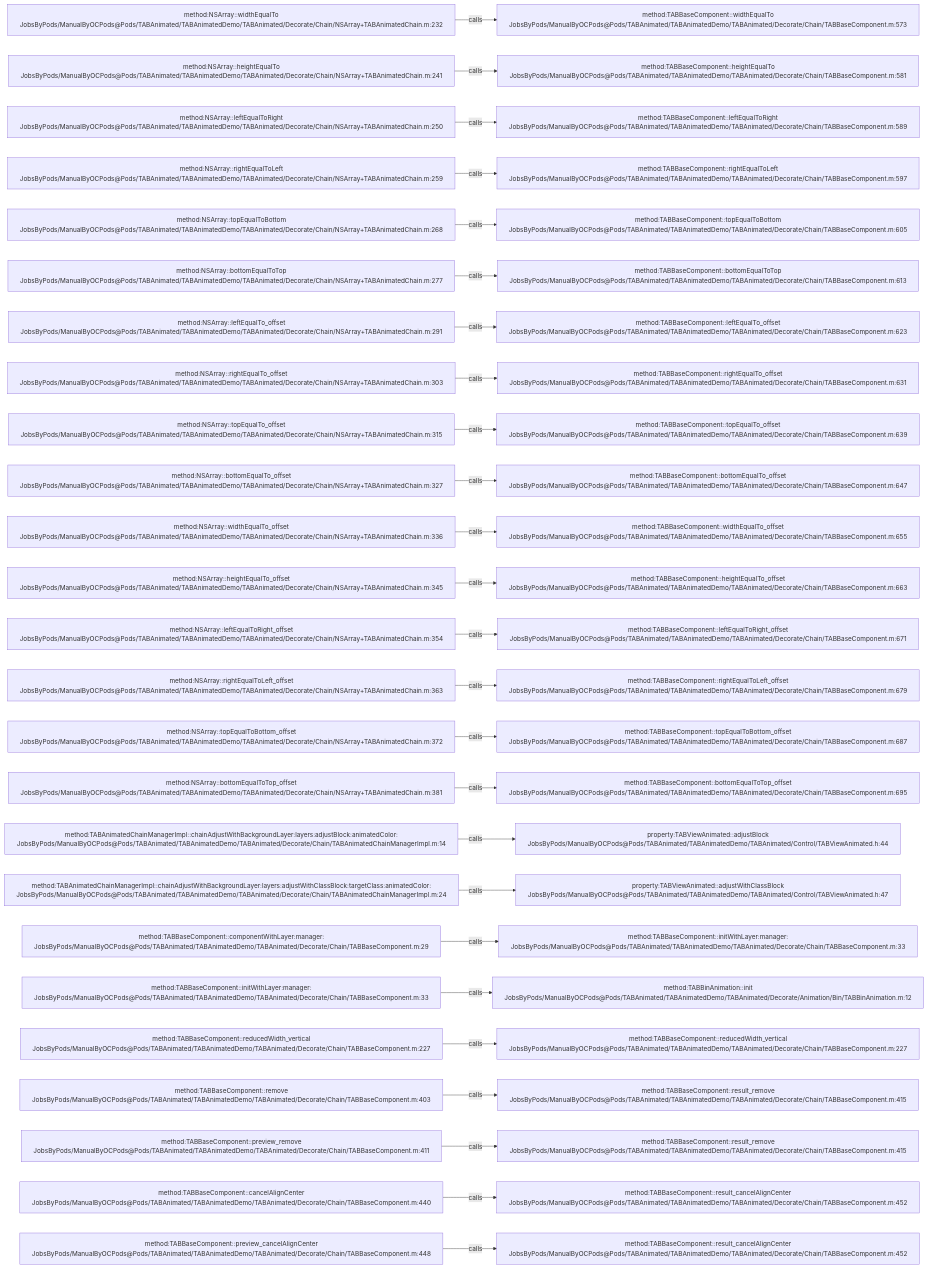
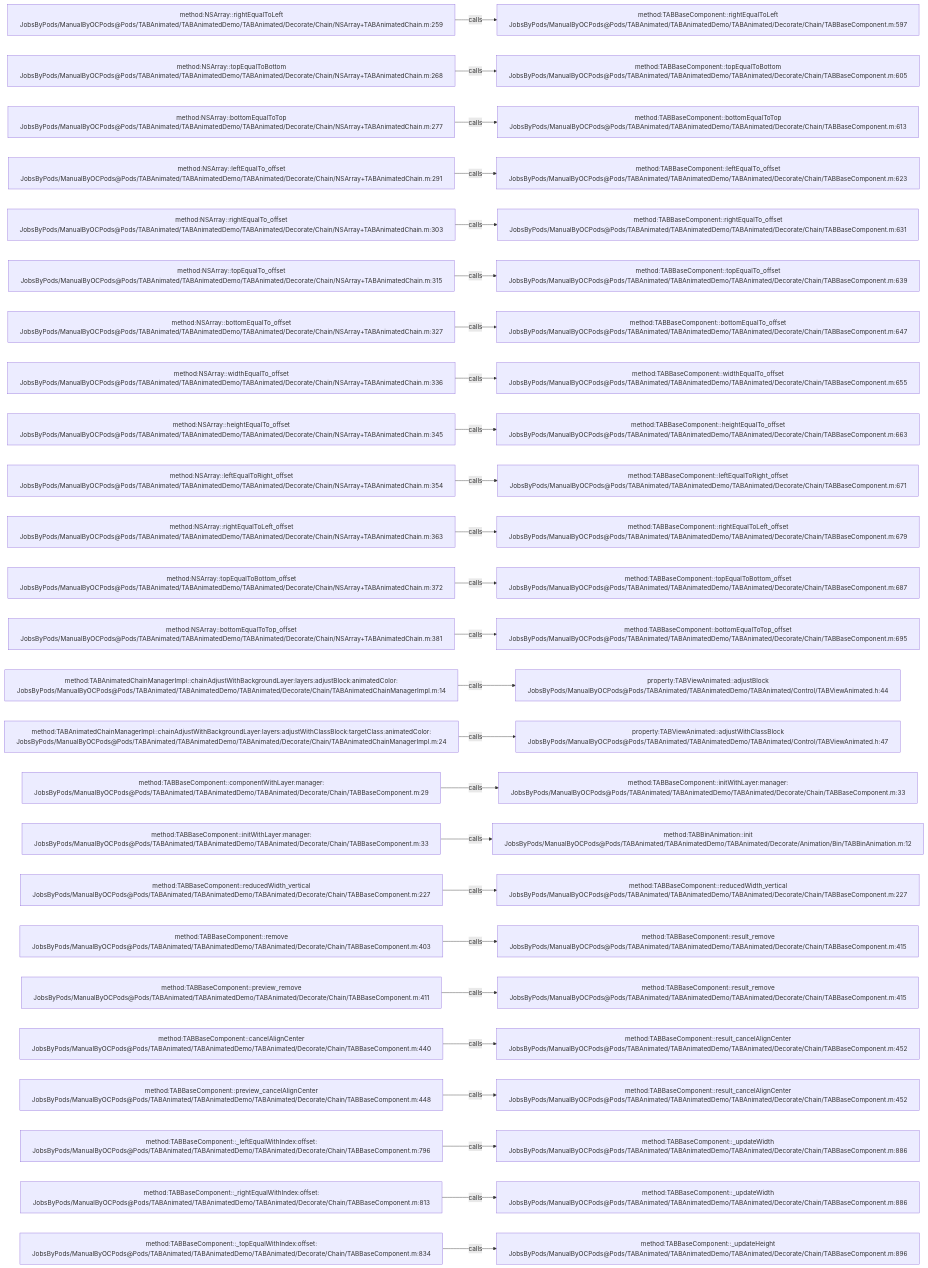
One commit to JobsKits/JobsOCBaseConfigDemo changed the diagram in .codegraph/codegraph.md/graphs/calls-033.md. Above: the diagram before and after it, drawn with Mermaid. The commit also changed 342 other files, not shown here.

````diff
--- a/.codegraph/codegraph.md/graphs/calls-033.md
+++ b/.codegraph/codegraph.md/graphs/calls-033.md
@@ -13,78 +13,78 @@
 ```mermaid
 flowchart LR
-  S1["method:NSArray::widthEqualTo<br/>JobsByPods/ManualByOCPods@Pods/TABAnimated/TABAnimatedDemo/TABAnimated/Decorate/Chain/NSArray+TABAnimatedChain.m:232"]
-  T1["method:TABBaseComponent::widthEqualTo<br/>JobsByPods/ManualByOCPods@Pods/TABAnimated/TABAnimatedDemo/TABAnimated/Decorate/Chain/TABBaseComponent.m:573"]
+  S1["method:NSArray::rightEqualToLeft<br/>JobsByPods/ManualByOCPods@Pods/TABAnimated/TABAnimatedDemo/TABAnimated/Decorate/Chain/NSArray+TABAnimatedChain.m:259"]
+  T1["method:TABBaseComponent::rightEqualToLeft<br/>JobsByPods/ManualByOCPods@Pods/TABAnimated/TABAnimatedDemo/TABAnimated/Decorate/Chain/TABBaseComponent.m:597"]
   S1 -->|calls| T1
-  S2["method:NSArray::heightEqualTo<br/>JobsByPods/ManualByOCPods@Pods/TABAnimated/TABAnimatedDemo/TABAnimated/Decorate/Chain/NSArray+TABAnimatedChain.m:241"]
-  T2["method:TABBaseComponent::heightEqualTo<br/>JobsByPods/ManualByOCPods@Pods/TABAnimated/TABAnimatedDemo/TABAnimated/Decorate/Chain/TABBaseComponent.m:581"]
+  S2["method:NSArray::topEqualToBottom<br/>JobsByPods/ManualByOCPods@Pods/TABAnimated/TABAnimatedDemo/TABAnimated/Decorate/Chain/NSArray+TABAnimatedChain.m:268"]
+  T2["method:TABBaseComponent::topEqualToBottom<br/>JobsByPods/ManualByOCPods@Pods/TABAnimated/TABAnimatedDemo/TABAnimated/Decorate/Chain/TABBaseComponent.m:605"]
   S2 -->|calls| T2
-  S3["method:NSArray::leftEqualToRight<br/>JobsByPods/ManualByOCPods@Pods/TABAnimated/TABAnimatedDemo/TABAnimated/Decorate/Chain/NSArray+TABAnimatedChain.m:250"]
-  T3["method:TABBaseComponent::leftEqualToRight<br/>JobsByPods/ManualByOCPods@Pods/TABAnimated/TABAnimatedDemo/TABAnimated/Decorate/Chain/TABBaseComponent.m:589"]
+  S3["method:NSArray::bottomEqualToTop<br/>JobsByPods/ManualByOCPods@Pods/TABAnimated/TABAnimatedDemo/TABAnimated/Decorate/Chain/NSArray+TABAnimatedChain.m:277"]
+  T3["method:TABBaseComponent::bottomEqualToTop<br/>JobsByPods/ManualByOCPods@Pods/TABAnimated/TABAnimatedDemo/TABAnimated/Decorate/Chain/TABBaseComponent.m:613"]
   S3 -->|calls| T3
-  S4["method:NSArray::rightEqualToLeft<br/>JobsByPods/ManualByOCPods@Pods/TABAnimated/TABAnimatedDemo/TABAnimated/Decorate/Chain/NSArray+TABAnimatedChain.m:259"]
-  T4["method:TABBaseComponent::rightEqualToLeft<br/>JobsByPods/ManualByOCPods@Pods/TABAnimated/TABAnimatedDemo/TABAnimated/Decorate/Chain/TABBaseComponent.m:597"]
+  S4["method:NSArray::leftEqualTo_offset<br/>JobsByPods/ManualByOCPods@Pods/TABAnimated/TABAnimatedDemo/TABAnimated/Decorate/Chain/NSArray+TABAnimatedChain.m:291"]
+  T4["method:TABBaseComponent::leftEqualTo_offset<br/>JobsByPods/ManualByOCPods@Pods/TABAnimated/TABAnimatedDemo/TABAnimated/Decorate/Chain/TABBaseComponent.m:623"]
   S4 -->|calls| T4
-  S5["method:NSArray::topEqualToBottom<br/>JobsByPods/ManualByOCPods@Pods/TABAnimated/TABAnimatedDemo/TABAnimated/Decorate/Chain/NSArray+TABAnimatedChain.m:268"]
-  T5["method:TABBaseComponent::topEqualToBottom<br/>JobsByPods/ManualByOCPods@Pods/TABAnimated/TABAnimatedDemo/TABAnimated/Decorate/Chain/TABBaseComponent.m:605"]
+  S5["method:NSArray::rightEqualTo_offset<br/>JobsByPods/ManualByOCPods@Pods/TABAnimated/TABAnimatedDemo/TABAnimated/Decorate/Chain/NSArray+TABAnimatedChain.m:303"]
+  T5["method:TABBaseComponent::rightEqualTo_offset<br/>JobsByPods/ManualByOCPods@Pods/TABAnimated/TABAnimatedDemo/TABAnimated/Decorate/Chain/TABBaseComponent.m:631"]
   S5 -->|calls| T5
-  S6["method:NSArray::bottomEqualToTop<br/>JobsByPods/ManualByOCPods@Pods/TABAnimated/TABAnimatedDemo/TABAnimated/Decorate/Chain/NSArray+TABAnimatedChain.m:277"]
-  T6["method:TABBaseComponent::bottomEqualToTop<br/>JobsByPods/ManualByOCPods@Pods/TABAnimated/TABAnimatedDemo/TABAnimated/Decorate/Chain/TABBaseComponent.m:613"]
+  S6["method:NSArray::topEqualTo_offset<br/>JobsByPods/ManualByOCPods@Pods/TABAnimated/TABAnimatedDemo/TABAnimated/Decorate/Chain/NSArray+TABAnimatedChain.m:315"]
+  T6["method:TABBaseComponent::topEqualTo_offset<br/>JobsByPods/ManualByOCPods@Pods/TABAnimated/TABAnimatedDemo/TABAnimated/Decorate/Chain/TABBaseComponent.m:639"]
   S6 -->|calls| T6
-  S7["method:NSArray::leftEqualTo_offset<br/>JobsByPods/ManualByOCPods@Pods/TABAnimated/TABAnimatedDemo/TABAnimated/Decorate/Chain/NSArray+TABAnimatedChain.m:291"]
-  T7["method:TABBaseComponent::leftEqualTo_offset<br/>JobsByPods/ManualByOCPods@Pods/TABAnimated/TABAnimatedDemo/TABAnimated/Decorate/Chain/TABBaseComponent.m:623"]
+  S7["method:NSArray::bottomEqualTo_offset<br/>JobsByPods/ManualByOCPods@Pods/TABAnimated/TABAnimatedDemo/TABAnimated/Decorate/Chain/NSArray+TABAnimatedChain.m:327"]
+  T7["method:TABBaseComponent::bottomEqualTo_offset<br/>JobsByPods/ManualByOCPods@Pods/TABAnimated/TABAnimatedDemo/TABAnimated/Decorate/Chain/TABBaseComponent.m:647"]
   S7 -->|calls| T7
-  S8["method:NSArray::rightEqualTo_offset<br/>JobsByPods/ManualByOCPods@Pods/TABAnimated/TABAnimatedDemo/TABAnimated/Decorate/Chain/NSArray+TABAnimatedChain.m:303"]
-  T8["method:TABBaseComponent::rightEqualTo_offset<br/>JobsByPods/ManualByOCPods@Pods/TABAnimated/TABAnimatedDemo/TABAnimated/Decorate/Chain/TABBaseComponent.m:631"]
+  S8["method:NSArray::widthEqualTo_offset<br/>JobsByPods/ManualByOCPods@Pods/TABAnimated/TABAnimatedDemo/TABAnimated/Decorate/Chain/NSArray+TABAnimatedChain.m:336"]
+  T8["method:TABBaseComponent::widthEqualTo_offset<br/>JobsByPods/ManualByOCPods@Pods/TABAnimated/TABAnimatedDemo/TABAnimated/Decorate/Chain/TABBaseComponent.m:655"]
   S8 -->|calls| T8
-  S9["method:NSArray::topEqualTo_offset<br/>JobsByPods/ManualByOCPods@Pods/TABAnimated/TABAnimatedDemo/TABAnimated/Decorate/Chain/NSArray+TABAnimatedChain.m:315"]
-  T9["method:TABBaseComponent::topEqualTo_offset<br/>JobsByPods/ManualByOCPods@Pods/TABAnimated/TABAnimatedDemo/TABAnimated/Decorate/Chain/TABBaseComponent.m:639"]
+  S9["method:NSArray::heightEqualTo_offset<br/>JobsByPods/ManualByOCPods@Pods/TABAnimated/TABAnimatedDemo/TABAnimated/Decorate/Chain/NSArray+TABAnimatedChain.m:345"]
+  T9["method:TABBaseComponent::heightEqualTo_offset<br/>JobsByPods/ManualByOCPods@Pods/TABAnimated/TABAnimatedDemo/TABAnimated/Decorate/Chain/TABBaseComponent.m:663"]
   S9 -->|calls| T9
-  S10["method:NSArray::bottomEqualTo_offset<br/>JobsByPods/ManualByOCPods@Pods/TABAnimated/TABAnimatedDemo/TABAnimated/Decorate/Chain/NSArray+TABAnimatedChain.m:327"]
-  T10["method:TABBaseComponent::bottomEqualTo_offset<br/>JobsByPods/ManualByOCPods@Pods/TABAnimated/TABAnimatedDemo/TABAnimated/Decorate/Chain/TABBaseComponent.m:647"]
+  S10["method:NSArray::leftEqualToRight_offset<br/>JobsByPods/ManualByOCPods@Pods/TABAnimated/TABAnimatedDemo/TABAnimated/Decorate/Chain/NSArray+TABAnimatedChain.m:354"]
+  T10["method:TABBaseComponent::leftEqualToRight_offset<br/>JobsByPods/ManualByOCPods@Pods/TABAnimated/TABAnimatedDemo/TABAnimated/Decorate/Chain/TABBaseComponent.m:671"]
   S10 -->|calls| T10
-  S11["method:NSArray::widthEqualTo_offset<br/>JobsByPods/ManualByOCPods@Pods/TABAnimated/TABAnimatedDemo/TABAnimated/Decorate/Chain/NSArray+TABAnimatedChain.m:336"]
-  T11["method:TABBaseComponent::widthEqualTo_offset<br/>JobsByPods/ManualByOCPods@Pods/TABAnimated/TABAnimatedDemo/TABAnimated/Decorate/Chain/TABBaseComponent.m:655"]
+  S11["method:NSArray::rightEqualToLeft_offset<br/>JobsByPods/ManualByOCPods@Pods/TABAnimated/TABAnimatedDemo/TABAnimated/Decorate/Chain/NSArray+TABAnimatedChain.m:363"]
+  T11["method:TABBaseComponent::rightEqualToLeft_offset<br/>JobsByPods/ManualByOCPods@Pods/TABAnimated/TABAnimatedDemo/TABAnimated/Decorate/Chain/TABBaseComponent.m:679"]
   S11 -->|calls| T11
-  S12["method:NSArray::heightEqualTo_offset<br/>JobsByPods/ManualByOCPods@Pods/TABAnimated/TABAnimatedDemo/TABAnimated/Decorate/Chain/NSArray+TABAnimatedChain.m:345"]
-  T12["method:TABBaseComponent::heightEqualTo_offset<br/>JobsByPods/ManualByOCPods@Pods/TABAnimated/TABAnimatedDemo/TABAnimated/Decorate/Chain/TABBaseComponent.m:663"]
+  S12["method:NSArray::topEqualToBottom_offset<br/>JobsByPods/ManualByOCPods@Pods/TABAnimated/TABAnimatedDemo/TABAnimated/Decorate/Chain/NSArray+TABAnimatedChain.m:372"]
+  T12["method:TABBaseComponent::topEqualToBottom_offset<br/>JobsByPods/ManualByOCPods@Pods/TABAnimated/TABAnimatedDemo/TABAnimated/Decorate/Chain/TABBaseComponent.m:687"]
   S12 -->|calls| T12
-  S13["method:NSArray::leftEqualToRight_offset<br/>JobsByPods/ManualByOCPods@Pods/TABAnimated/TABAnimatedDemo/TABAnimated/Decorate/Chain/NSArray+TABAnimatedChain.m:354"]
-  T13["method:TABBaseComponent::leftEqualToRight_offset<br/>JobsByPods/ManualByOCPods@Pods/TABAnimated/TABAnimatedDemo/TABAnimated/Decorate/Chain/TABBaseComponent.m:671"]
+  S13["method:NSArray::bottomEqualToTop_offset<br/>JobsByPods/ManualByOCPods@Pods/TABAnimated/TABAnimatedDemo/TABAnimated/Decorate/Chain/NSArray+TABAnimatedChain.m:381"]
+  T13["method:TABBaseComponent::bottomEqualToTop_offset<br/>JobsByPods/ManualByOCPods@Pods/TABAnimated/TABAnimatedDemo/TABAnimated/Decorate/Chain/TABBaseComponent.m:695"]
   S13 -->|calls| T13
-  S14["method:NSArray::rightEqualToLeft_offset<br/>JobsByPods/ManualByOCPods@Pods/TABAnimated/TABAnimatedDemo/TABAnimated/Decorate/Chain/NSArray+TABAnimatedChain.m:363"]
-  T14["method:TABBaseComponent::rightEqualToLeft_offset<br/>JobsByPods/ManualByOCPods@Pods/TABAnimated/TABAnimatedDemo/TABAnimated/Decorate/Chain/TABBaseComponent.m:679"]
+  S14["method:TABAnimatedChainManagerImpl::chainAdjustWithBackgroundLayer:layers:adjustBlock:animatedColor:<br/>JobsByPods/ManualByOCPods@Pods/TABAnimated/TABAnimatedDemo/TABAnimated/Decorate/Chain/TABAnimatedChainManagerImpl.m:14"]
+  T14["property:TABViewAnimated::adjustBlock<br/>JobsByPods/ManualByOCPods@Pods/TABAnimated/TABAnimatedDemo/TABAnimated/Control/TABViewAnimated.h:44"]
   S14 -->|calls| T14
-  S15["method:NSArray::topEqualToBottom_offset<br/>JobsByPods/ManualByOCPods@Pods/TABAnimated/TABAnimatedDemo/TABAnimated/Decorate/Chain/NSArray+TABAnimatedChain.m:372"]
-  T15["method:TABBaseComponent::topEqualToBottom_offset<br/>JobsByPods/ManualByOCPods@Pods/TABAnimated/TABAnimatedDemo/TABAnimated/Decorate/Chain/TABBaseComponent.m:687"]
+  S15["method:TABAnimatedChainManagerImpl::chainAdjustWithBackgroundLayer:layers:adjustWithClassBlock:targetClass:animatedColor:<br/>JobsByPods/ManualByOCPods@Pods/TABAnimated/TABAnimatedDemo/TABAnimated/Decorate/Chain/TABAnimatedChainManagerImpl.m:24"]
+  T15["property:TABViewAnimated::adjustWithClassBlock<br/>JobsByPods/ManualByOCPods@Pods/TABAnimated/TABAnimatedDemo/TABAnimated/Control/TABViewAnimated.h:47"]
   S15 -->|calls| T15
-  S16["method:NSArray::bottomEqualToTop_offset<br/>JobsByPods/ManualByOCPods@Pods/TABAnimated/TABAnimatedDemo/TABAnimated/Decorate/Chain/NSArray+TABAnimatedChain.m:381"]
-  T16["method:TABBaseComponent::bottomEqualToTop_offset<br/>JobsByPods/ManualByOCPods@Pods/TABAnimated/TABAnimatedDemo/TABAnimated/Decorate/Chain/TABBaseComponent.m:695"]
+  S16["method:TABBaseComponent::componentWithLayer:manager:<br/>JobsByPods/ManualByOCPods@Pods/TABAnimated/TABAnimatedDemo/TABAnimated/Decorate/Chain/TABBaseComponent.m:29"]
+  T16["method:TABBaseComponent::initWithLayer:manager:<br/>JobsByPods/ManualByOCPods@Pods/TABAnimated/TABAnimatedDemo/TABAnimated/Decorate/Chain/TABBaseComponent.m:33"]
   S16 -->|calls| T16
-  S17["method:TABAnimatedChainManagerImpl::chainAdjustWithBackgroundLayer:layers:adjustBlock:animatedColor:<br/>JobsByPods/ManualByOCPods@Pods/TABAnimated/TABAnimatedDemo/TABAnimated/Decorate/Chain/TABAnimatedChainManagerImpl.m:14"]
-  T17["property:TABViewAnimated::adjustBlock<br/>JobsByPods/ManualByOCPods@Pods/TABAnimated/TABAnimatedDemo/TABAnimated/Control/TABViewAnimated.h:44"]
+  S17["method:TABBaseComponent::initWithLayer:manager:<br/>JobsByPods/ManualByOCPods@Pods/TABAnimated/TABAnimatedDemo/TABAnimated/Decorate/Chain/TABBaseComponent.m:33"]
+  T17["method:TABBinAnimation::init<br/>JobsByPods/ManualByOCPods@Pods/TABAnimated/TABAnimatedDemo/TABAnimated/Decorate/Animation/Bin/TABBinAnimation.m:12"]
   S17 -->|calls| T17
-  S18["method:TABAnimatedChainManagerImpl::chainAdjustWithBackgroundLayer:layers:adjustWithClassBlock:targetClass:animatedColor:<br/>JobsByPods/ManualByOCPods@Pods/TABAnimated/TABAnimatedDemo/TABAnimated/Decorate/Chain/TABAnimatedChainManagerImpl.m:24"]
-  T18["property:TABViewAnimated::adjustWithClassBlock<br/>JobsByPods/ManualByOCPods@Pods/TABAnimated/TABAnimatedDemo/TABAnimated/Control/TABViewAnimated.h:47"]
+  S18["method:TABBaseComponent::reducedWidth_vertical<br/>JobsByPods/ManualByOCPods@Pods/TABAnimated/TABAnimatedDemo/TABAnimated/Decorate/Chain/TABBaseComponent.m:227"]
+  T18["method:TABBaseComponent::reducedWidth_vertical<br/>JobsByPods/ManualByOCPods@Pods/TABAnimated/TABAnimatedDemo/TABAnimated/Decorate/Chain/TABBaseComponent.m:227"]
   S18 -->|calls| T18
-  S19["method:TABBaseComponent::componentWithLayer:manager:<br/>JobsByPods/ManualByOCPods@Pods/TABAnimated/TABAnimatedDemo/TABAnimated/Decorate/Chain/TABBaseComponent.m:29"]
-  T19["method:TABBaseComponent::initWithLayer:manager:<br/>JobsByPods/ManualByOCPods@Pods/TABAnimated/TABAnimatedDemo/TABAnimated/Decorate/Chain/TABBaseComponent.m:33"]
+  S19["method:TABBaseComponent::remove<br/>JobsByPods/ManualByOCPods@Pods/TABAnimated/TABAnimatedDemo/TABAnimated/Decorate/Chain/TABBaseComponent.m:403"]
+  T19["method:TABBaseComponent::result_remove<br/>JobsByPods/ManualByOCPods@Pods/TABAnimated/TABAnimatedDemo/TABAnimated/Decorate/Chain/TABBaseComponent.m:415"]
   S19 -->|calls| T19
-  S20["method:TABBaseComponent::initWithLayer:manager:<br/>JobsByPods/ManualByOCPods@Pods/TABAnimated/TABAnimatedDemo/TABAnimated/Decorate/Chain/TABBaseComponent.m:33"]
-  T20["method:TABBinAnimation::init<br/>JobsByPods/ManualByOCPods@Pods/TABAnimated/TABAnimatedDemo/TABAnimated/Decorate/Animation/Bin/TABBinAnimation.m:12"]
+  S20["method:TABBaseComponent::preview_remove<br/>JobsByPods/ManualByOCPods@Pods/TABAnimated/TABAnimatedDemo/TABAnimated/Decorate/Chain/TABBaseComponent.m:411"]
+  T20["method:TABBaseComponent::result_remove<br/>JobsByPods/ManualByOCPods@Pods/TABAnimated/TABAnimatedDemo/TABAnimated/Decorate/Chain/TABBaseComponent.m:415"]
   S20 -->|calls| T20
-  S21["method:TABBaseComponent::reducedWidth_vertical<br/>JobsByPods/ManualByOCPods@Pods/TABAnimated/TABAnimatedDemo/TABAnimated/Decorate/Chain/TABBaseComponent.m:227"]
-  T21["method:TABBaseComponent::reducedWidth_vertical<br/>JobsByPods/ManualByOCPods@Pods/TABAnimated/TABAnimatedDemo/TABAnimated/Decorate/Chain/TABBaseComponent.m:227"]
+  S21["method:TABBaseComponent::cancelAlignCenter<br/>JobsByPods/ManualByOCPods@Pods/TABAnimated/TABAnimatedDemo/TABAnimated/Decorate/Chain/TABBaseComponent.m:440"]
+  T21["method:TABBaseComponent::result_cancelAlignCenter<br/>JobsByPods/ManualByOCPods@Pods/TABAnimated/TABAnimatedDemo/TABAnimated/Decorate/Chain/TABBaseComponent.m:452"]
   S21 -->|calls| T21
-  S22["method:TABBaseComponent::remove<br/>JobsByPods/ManualByOCPods@Pods/TABAnimated/TABAnimatedDemo/TABAnimated/Decorate/Chain/TABBaseComponent.m:403"]
-  T22["method:TABBaseComponent::result_remove<br/>JobsByPods/ManualByOCPods@Pods/TABAnimated/TABAnimatedDemo/TABAnimated/Decorate/Chain/TABBaseComponent.m:415"]
+  S22["method:TABBaseComponent::preview_cancelAlignCenter<br/>JobsByPods/ManualByOCPods@Pods/TABAnimated/TABAnimatedDemo/TABAnimated/Decorate/Chain/TABBaseComponent.m:448"]
+  T22["method:TABBaseComponent::result_cancelAlignCenter<br/>JobsByPods/ManualByOCPods@Pods/TABAnimated/TABAnimatedDemo/TABAnimated/Decorate/Chain/TABBaseComponent.m:452"]
   S22 -->|calls| T22
-  S23["method:TABBaseComponent::preview_remove<br/>JobsByPods/ManualByOCPods@Pods/TABAnimated/TABAnimatedDemo/TABAnimated/Decorate/Chain/TABBaseComponent.m:411"]
-  T23["method:TABBaseComponent::result_remove<br/>JobsByPods/ManualByOCPods@Pods/TABAnimated/TABAnimatedDemo/TABAnimated/Decorate/Chain/TABBaseComponent.m:415"]
+  S23["method:TABBaseComponent::_leftEqualWithIndex:offset:<br/>JobsByPods/ManualByOCPods@Pods/TABAnimated/TABAnimatedDemo/TABAnimated/Decorate/Chain/TABBaseComponent.m:796"]
+  T23["method:TABBaseComponent::_updateWidth<br/>JobsByPods/ManualByOCPods@Pods/TABAnimated/TABAnimatedDemo/TABAnimated/Decorate/Chain/TABBaseComponent.m:886"]
   S23 -->|calls| T23
-  S24["method:TABBaseComponent::cancelAlignCenter<br/>JobsByPods/ManualByOCPods@Pods/TABAnimated/TABAnimatedDemo/TABAnimated/Decorate/Chain/TABBaseComponent.m:440"]
-  T24["method:TABBaseComponent::result_cancelAlignCenter<br/>JobsByPods/ManualByOCPods@Pods/TABAnimated/TABAnimatedDemo/TABAnimated/Decorate/Chain/TABBaseComponent.m:452"]
+  S24["method:TABBaseComponent::_rightEqualWithIndex:offset:<br/>JobsByPods/ManualByOCPods@Pods/TABAnimated/TABAnimatedDemo/TABAnimated/Decorate/Chain/TABBaseComponent.m:813"]
+  T24["method:TABBaseComponent::_updateWidth<br/>JobsByPods/ManualByOCPods@Pods/TABAnimated/TABAnimatedDemo/TABAnimated/Decorate/Chain/TABBaseComponent.m:886"]
   S24 -->|calls| T24
-  S25["method:TABBaseComponent::preview_cancelAlignCenter<br/>JobsByPods/ManualByOCPods@Pods/TABAnimated/TABAnimatedDemo/TABAnimated/Decorate/Chain/TABBaseComponent.m:448"]
-  T25["method:TABBaseComponent::result_cancelAlignCenter<br/>JobsByPods/ManualByOCPods@Pods/TABAnimated/TABAnimatedDemo/TABAnimated/Decorate/Chain/TABBaseComponent.m:452"]
+  S25["method:TABBaseComponent::_topEqualWithIndex:offset:<br/>JobsByPods/ManualByOCPods@Pods/TABAnimated/TABAnimatedDemo/TABAnimated/Decorate/Chain/TABBaseComponent.m:834"]
+  T25["method:TABBaseComponent::_updateHeight<br/>JobsByPods/ManualByOCPods@Pods/TABAnimated/TABAnimatedDemo/TABAnimated/Decorate/Chain/TABBaseComponent.m:896"]
   S25 -->|calls| T25
 ```
````
